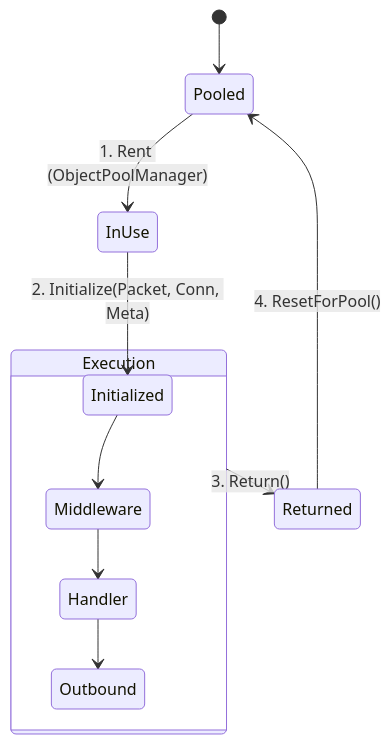
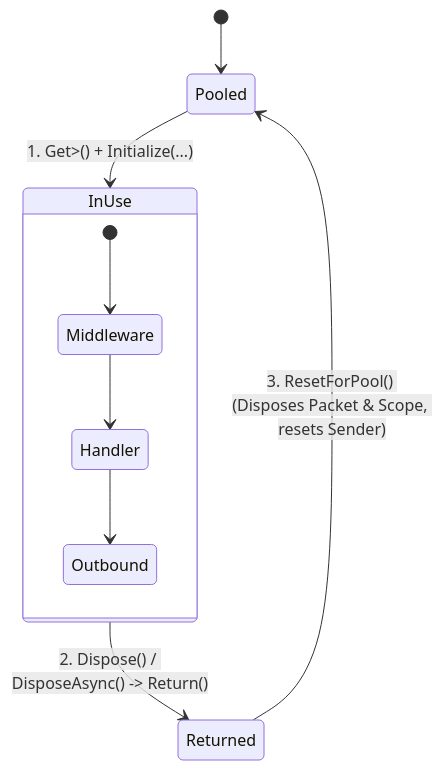
One commit to ppn-systems/nalix-docs changed the diagram in src/content/docs/en-us/api/runtime/routing/packet-context.md. Above: the diagram before and after it, drawn with Mermaid. The commit also changed other lines of this file and 180 other files, not shown here.

````diff
--- a/src/content/docs/en-us/api/runtime/routing/packet-context.md
+++ b/src/content/docs/en-us/api/runtime/routing/packet-context.md
@@ -18,16 +23,12 @@
 ```mermaid
 stateDiagram-v2
     [*] --> Pooled
-    
-    Pooled --> InUse: 1. Rent (ObjectPoolManager)
-    InUse --> Initialized: 2. Initialize(Packet, Conn, Meta)
-    
-    state Execution {
-        Initialized --> Middleware
+    Pooled --> InUse: 1. Get<PacketContext<TPacket>>() + Initialize(...)
+    state InUse {
+        [*] --> Middleware
         Middleware --> Handler
         Handler --> Outbound
     }
-    
-    Execution --> Returned: 3. Return()
-    Returned --> Pooled: 4. ResetForPool()
+    InUse --> Returned: 2. Dispose() / DisposeAsync() -> Return()
+    Returned --> Pooled: 3. ResetForPool() (Disposes Packet & Scope, resets Sender)
 ```
````
